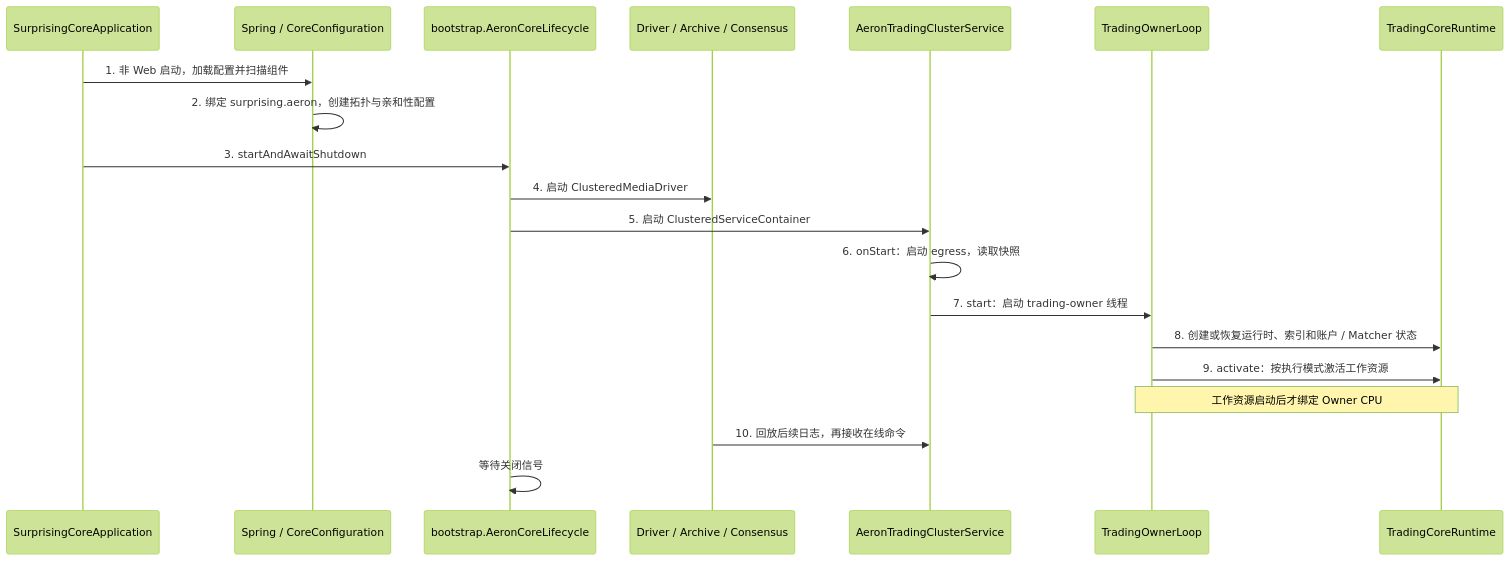
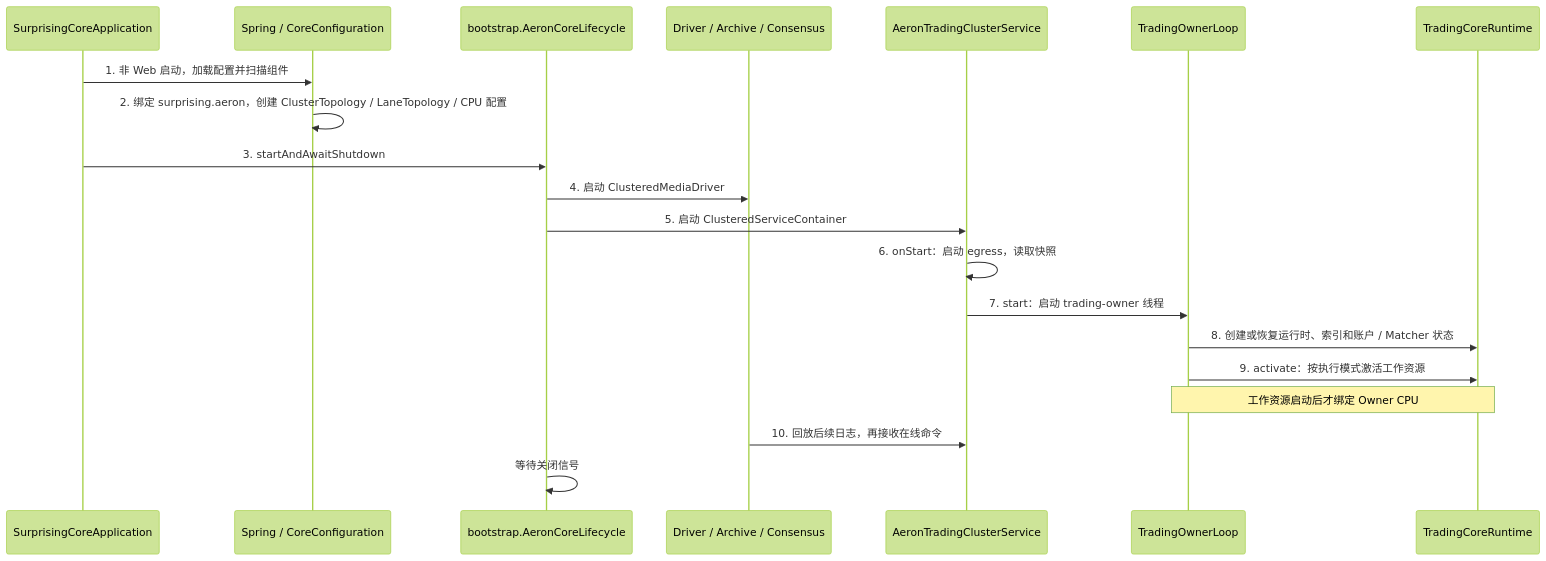
Before and after one commit to lilaizhencn/surprising-ex: the second of 12 diagrams in surprising-aeron-core/README.md, drawn with Mermaid (forest theme). The commit also changed other lines of this file and 22 other files, not shown here.

````diff
--- a/surprising-aeron-core/README.md
+++ b/surprising-aeron-core/README.md
@@ -48,22 +48,22 @@
 ```mermaid
 sequenceDiagram
     participant Main as SurprisingCoreApplication
     participant Spring as Spring / CoreConfiguration
     participant Life as bootstrap.AeronCoreLifecycle
     participant Aeron as Driver / Archive / Consensus
     participant Service as AeronTradingClusterService
     participant Owner as TradingOwnerLoop
     participant Runtime as TradingCoreRuntime
     Main->>Spring: 1. 非 Web 启动，加载配置并扫描组件
-    Spring->>Spring: 2. 绑定 surprising.aeron，创建拓扑与亲和性配置
+    Spring->>Spring: 2. 绑定 surprising.aeron，创建 ClusterTopology / LaneTopology / CPU 配置
     Main->>Life: 3. startAndAwaitShutdown
     Life->>Aeron: 4. 启动 ClusteredMediaDriver
     Life->>Service: 5. 启动 ClusteredServiceContainer
     Service->>Service: 6. onStart：启动 egress，读取快照
     Service->>Owner: 7. start：启动 trading-owner 线程
     Owner->>Runtime: 8. 创建或恢复运行时、索引和账户 / Matcher 状态
     Owner->>Runtime: 9. activate：按执行模式激活工作资源
     Note over Owner,Runtime: 工作资源启动后才绑定 Owner CPU
     Aeron->>Service: 10. 回放后续日志，再接收在线命令
     Life->>Life: 等待关闭信号
 ```
````
